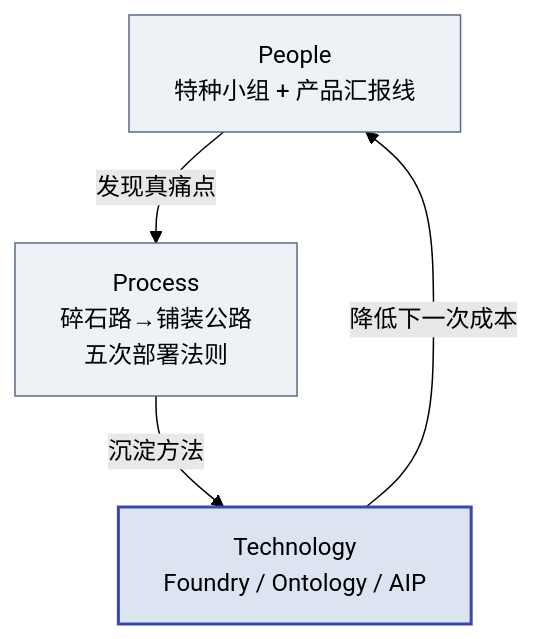
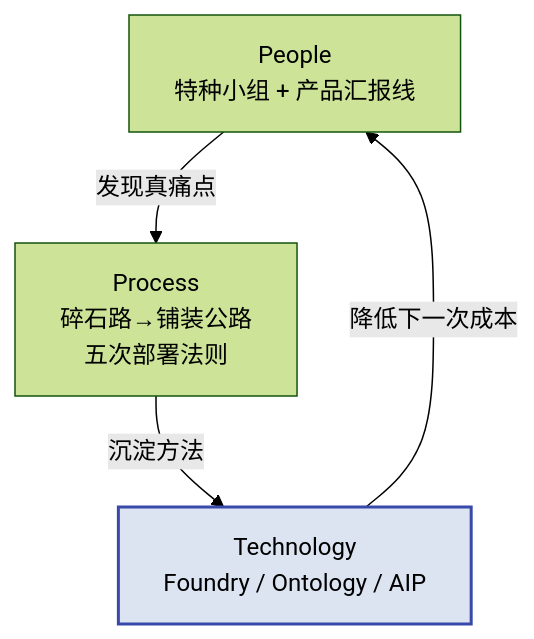
One commit to cloudzun/fde-course changed the second of 2 diagrams in textbook/第04章_Palantir经典案例集.md. Above: the diagram before and after it, drawn with Mermaid (forest theme). The commit also changed other lines of this file and 10 other files, not shown here.

Commit message:
style: 全库mermaid配色统一以第11章为标准——删主色灰底style，仅保留强调蓝/琥珀金/绿/红四色点缀（40行，方向与第11章图不动）

````diff
--- a/textbook/第04章_Palantir经典案例集.md
+++ b/textbook/第04章_Palantir经典案例集.md
@@ -147,10 +144,8 @@
 ```mermaid
 graph TD
     PE["People<br/>特种小组 + 产品汇报线"] -->|发现真痛点| PR["Process<br/>碎石路→铺装公路<br/>五次部署法则"]
     PR -->|沉淀方法| TE["Technology<br/>Foundry / Ontology / AIP"]
     TE -->|降低下一次成本| PE
 
-    style PE fill:#eef2f7,stroke:#5a6b7f
-    style PR fill:#eef2f7,stroke:#5a6b7f
     style TE fill:#dbe4f0,stroke:#3949ab,stroke-width:2px
 ```
````
